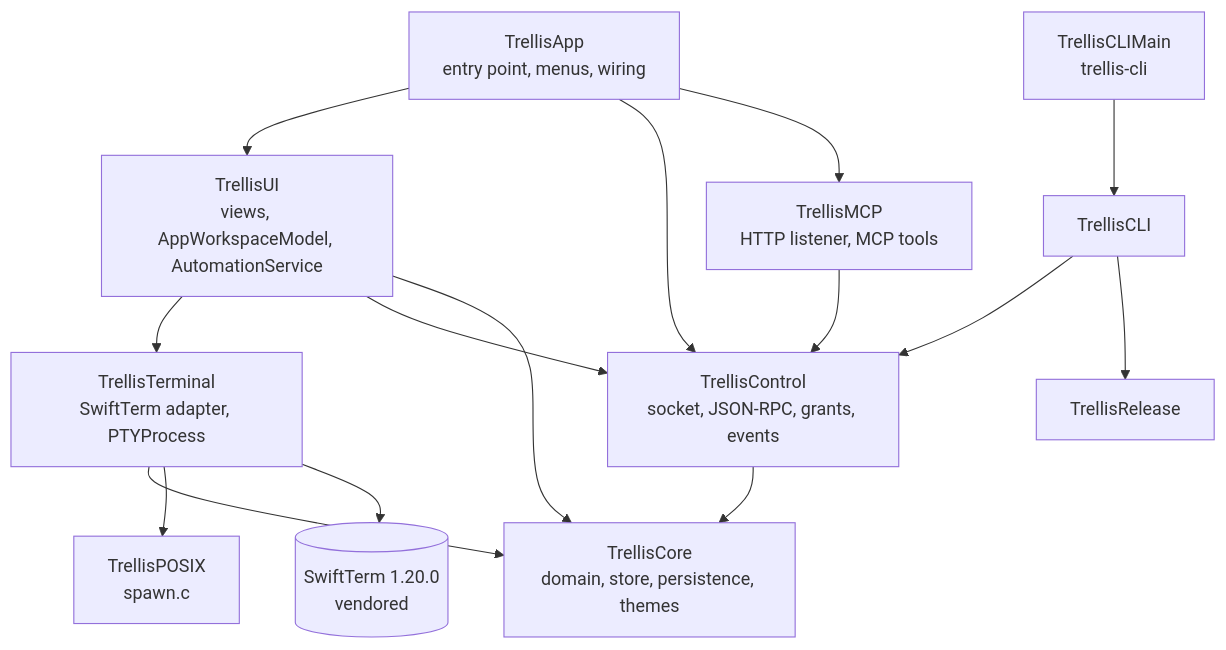
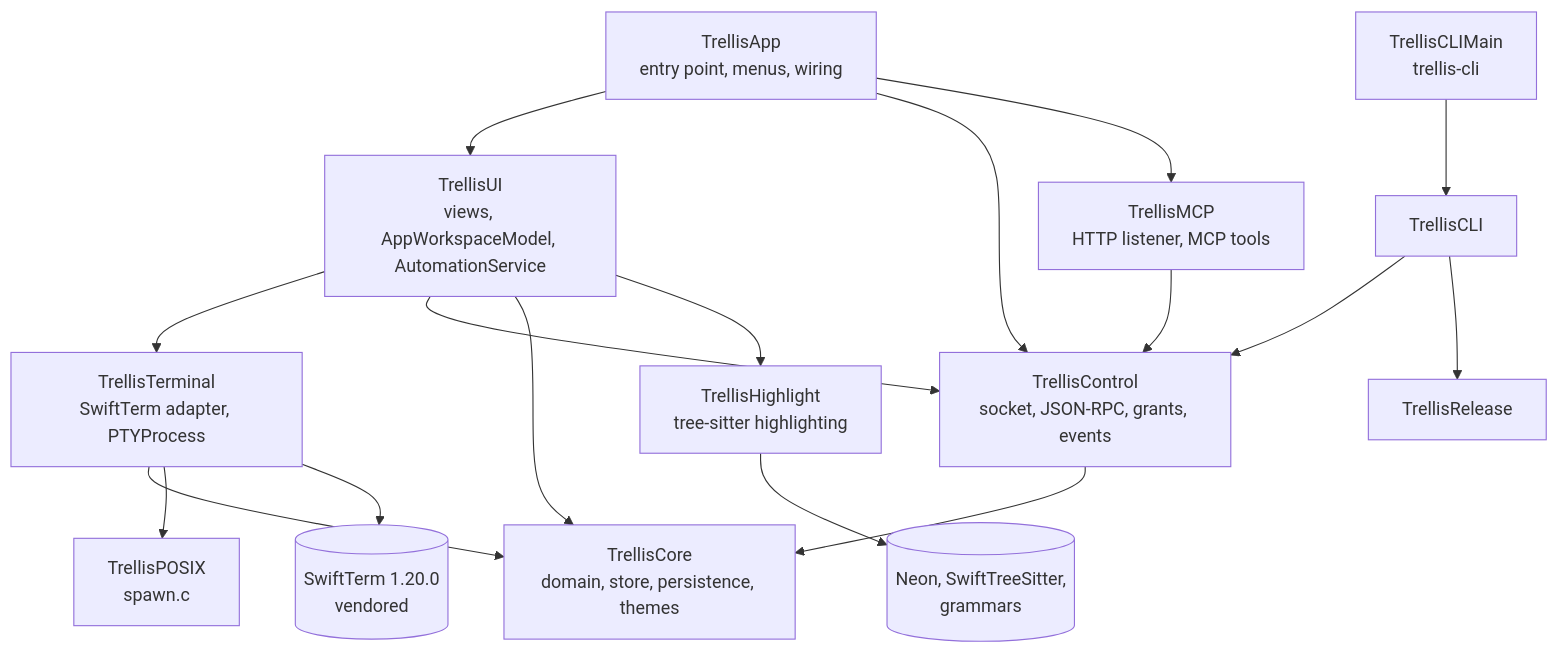
The first of 2 diagrams in docs/architecture/index.md (bearstouch/trellis), drawn with Mermaid before and after one commit. The commit also changed other lines of this file and 29 other files, not shown here.

````diff
--- a/docs/architecture/index.md
+++ b/docs/architecture/index.md
@@ -7,18 +7,20 @@
 ```mermaid
 flowchart TD
     App[TrellisApp<br/>entry point, menus, wiring] --> UI
     App --> Control
     UI[TrellisUI<br/>views, AppWorkspaceModel, AutomationService] --> Terminal
     UI --> Control
     UI --> Core
+    UI --> Highlight[TrellisHighlight<br/>tree-sitter highlighting]
+    Highlight --> Neon[(Neon, SwiftTreeSitter,<br/>grammars)]
     Terminal[TrellisTerminal<br/>SwiftTerm adapter, PTYProcess] --> Core
     Terminal --> POSIX[TrellisPOSIX<br/>spawn.c]
     Terminal --> SwiftTerm[(SwiftTerm 1.20.0<br/>vendored)]
     Control[TrellisControl<br/>socket, JSON-RPC, grants, events] --> Core
     App --> MCP[TrellisMCP<br/>HTTP listener, MCP tools]
     MCP --> Control
     CLIMain[TrellisCLIMain<br/>trellis-cli] --> CLI[TrellisCLI]
     CLI --> Control
     CLI --> Release[TrellisRelease]
     Core[TrellisCore<br/>domain, store, persistence, themes]
 ```
````
